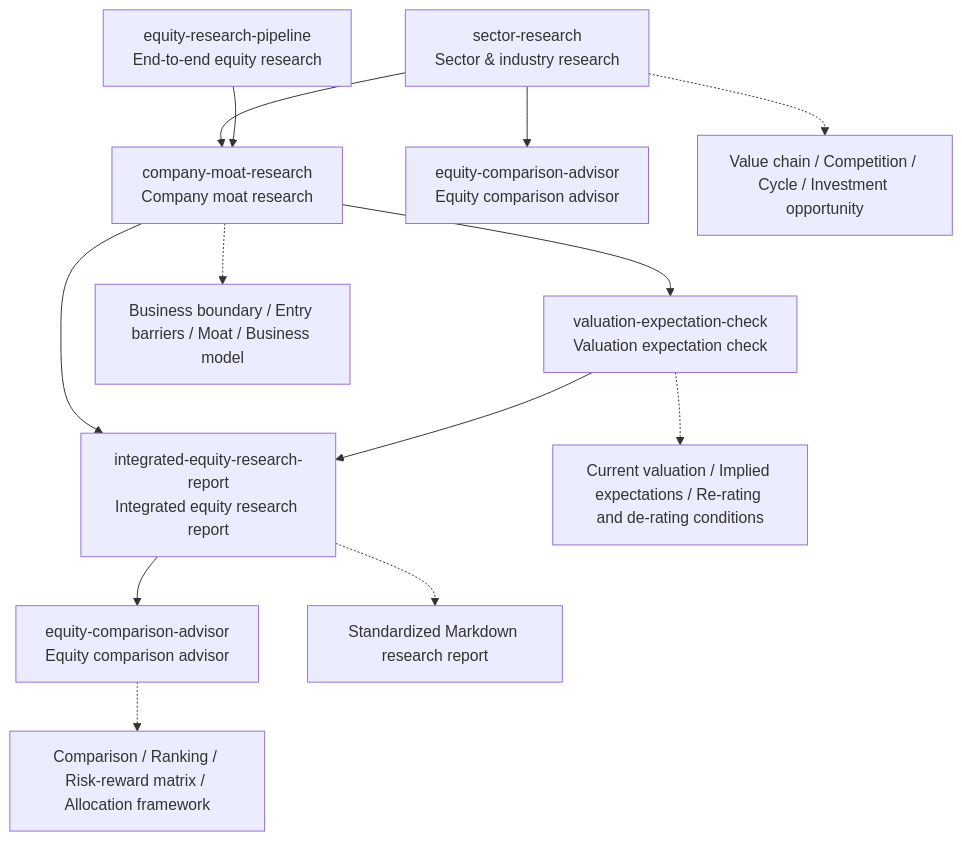
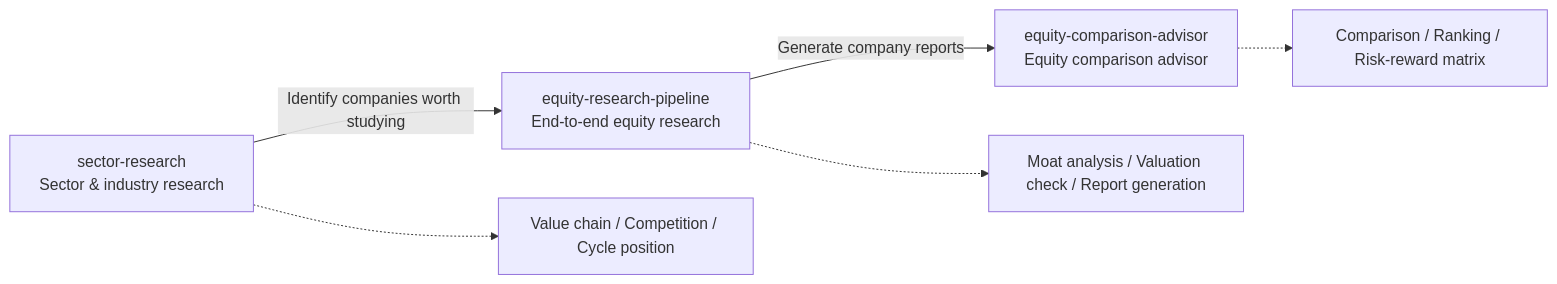
Before and after one commit to vampire-locker/investment-research-skills: the diagram in README.en.md, drawn with Mermaid. The commit also changed other lines of this file and 1 other file, not shown here.

Commit message:
docs(README): 简化工作流图为三阶段 LR 流向（赛道→公司→比较），消除重复节点和冗余连线

````diff
--- a/README.en.md
+++ b/README.en.md
@@ -71,16 +73,9 @@
 ```mermaid
-flowchart TD
-    S["sector-research<br/>Sector & industry research"] --> A["company-moat-research<br/>Company moat research"]
-    S --> P["equity-comparison-advisor<br/>Equity comparison advisor"]
-    A --> B["valuation-expectation-check<br/>Valuation expectation check"]
-    A --> C["integrated-equity-research-report<br/>Integrated equity research report"]
-    B --> C
-    P2["equity-research-pipeline<br/>End-to-end equity research"] --> A
-    C --> G["equity-comparison-advisor<br/>Equity comparison advisor"]
+flowchart LR
+    S["sector-research<br/>Sector & industry research"] --> |"Identify companies worth studying"| P["equity-research-pipeline<br/>End-to-end equity research"]
+    P --> |"Generate company reports"| G["equity-comparison-advisor<br/>Equity comparison advisor"]
 
-    S -.-> I["Value chain / Competition / Cycle / Investment opportunity"]
-    A -.-> D["Business boundary / Entry barriers / Moat / Business model"]
-    B -.-> E["Current valuation / Implied expectations / Re-rating and de-rating conditions"]
-    C -.-> F["Standardized Markdown research report"]
-    G -.-> H["Comparison / Ranking / Risk-reward matrix / Allocation framework"]
+    S -.-> I["Value chain / Competition / Cycle position"]
+    P -.-> D["Moat analysis / Valuation check / Report generation"]
+    G -.-> H["Comparison / Ranking / Risk-reward matrix"]
 ```
````
